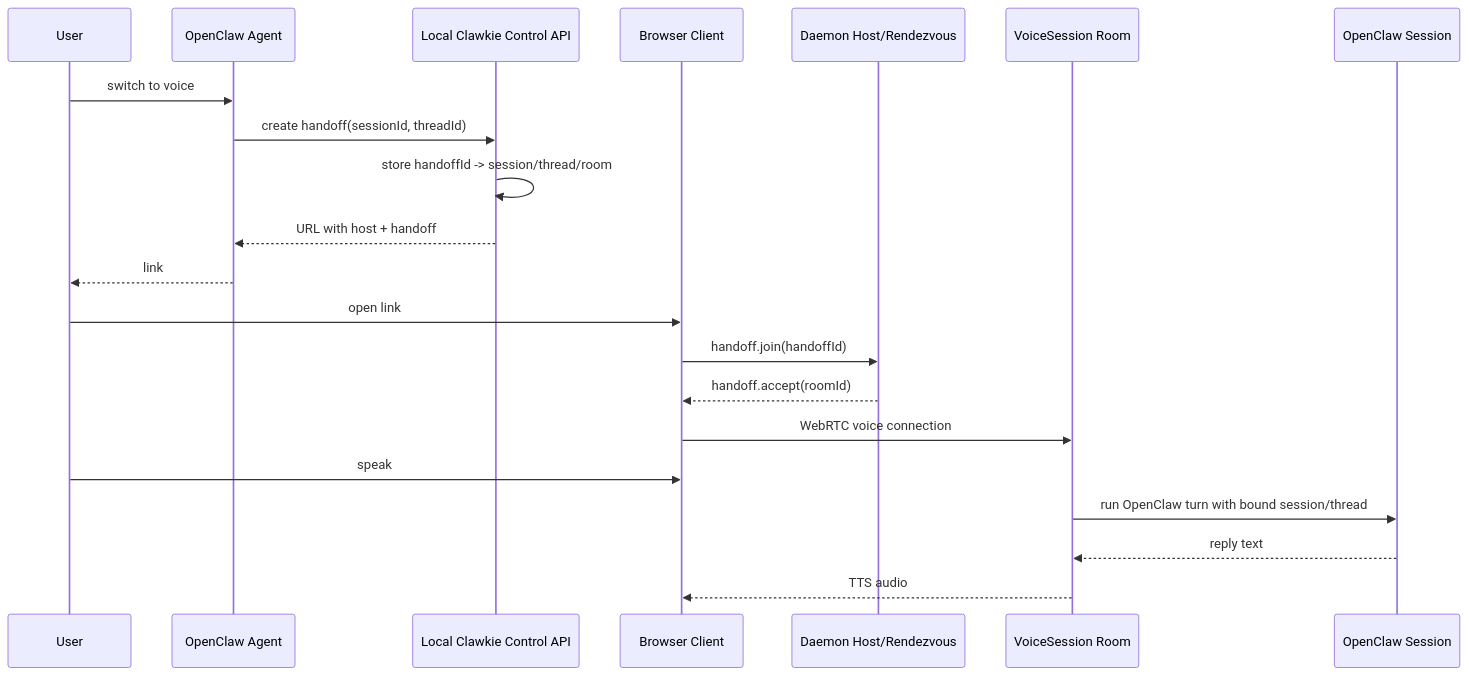
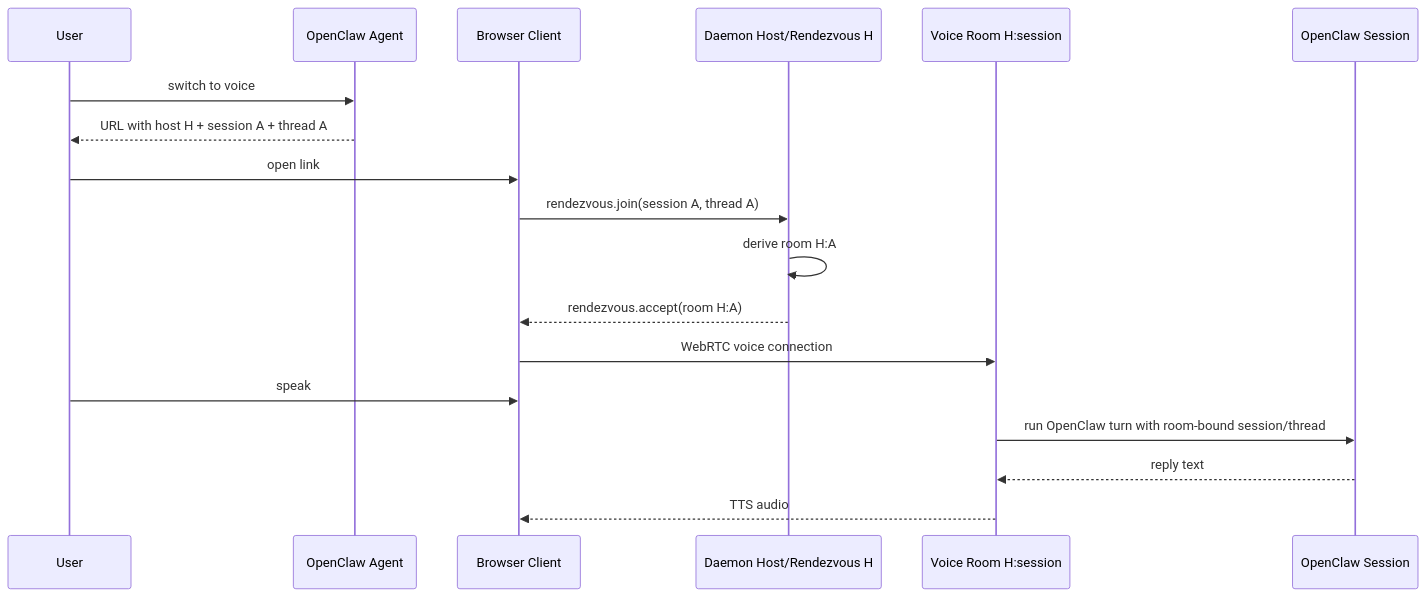
One commit to davidguttman/clawkie-talkie changed the diagram in docs/plans/2026-04-26-rendezvous-voice-handoff.md. Above: the diagram before and after it, drawn with Mermaid. The commit also changed other lines of this file, not shown here.

Commit message:
docs: correct rendezvous handoff plan

````diff
--- a/docs/plans/2026-04-26-rendezvous-voice-handoff.md
+++ b/docs/plans/2026-04-26-rendezvous-voice-handoff.md
@@ -968,24 +725,21 @@
 ```mermaid
 sequenceDiagram
   participant User
   participant Agent as OpenClaw Agent
-  participant API as Local Clawkie Control API
   participant Phone as Browser Client
-  participant Host as Daemon Host/Rendezvous
-  participant Room as VoiceSession Room
+  participant Host as Daemon Host/Rendezvous H
+  participant Room as Voice Room H:session
   participant OC as OpenClaw Session
 
   User->>Agent: switch to voice
-  Agent->>API: create handoff(sessionId, threadId)
-  API->>API: store handoffId -> session/thread/room
-  API-->>Agent: URL with host + handoff
-  Agent-->>User: link
+  Agent-->>User: URL with host H + session A + thread A
   User->>Phone: open link
-  Phone->>Host: handoff.join(handoffId)
-  Host-->>Phone: handoff.accept(roomId)
+  Phone->>Host: rendezvous.join(session A, thread A)
+  Host->>Host: derive room H:A
+  Host-->>Phone: rendezvous.accept(room H:A)
   Phone->>Room: WebRTC voice connection
   User->>Phone: speak
-  Room->>OC: run OpenClaw turn with bound session/thread
+  Room->>OC: run OpenClaw turn with room-bound session/thread
   OC-->>Room: reply text
   Room-->>Phone: TTS audio
 ```
````
